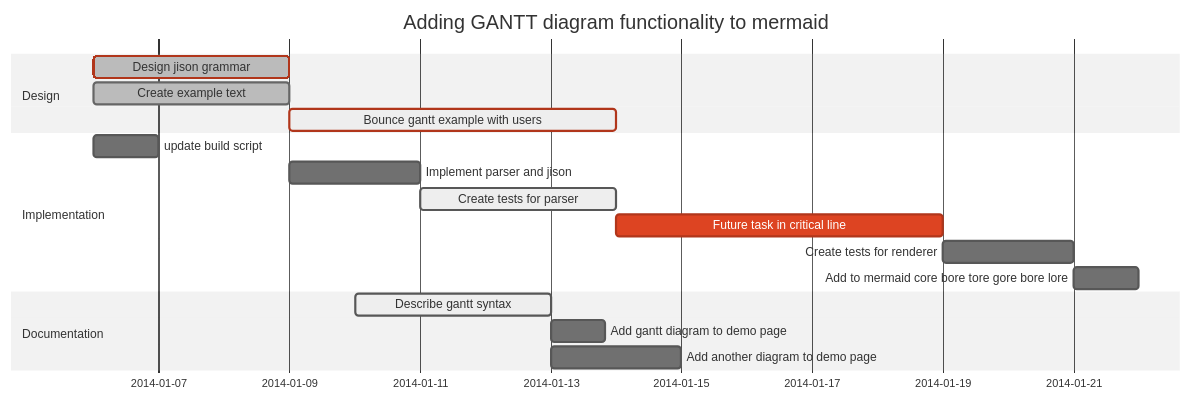
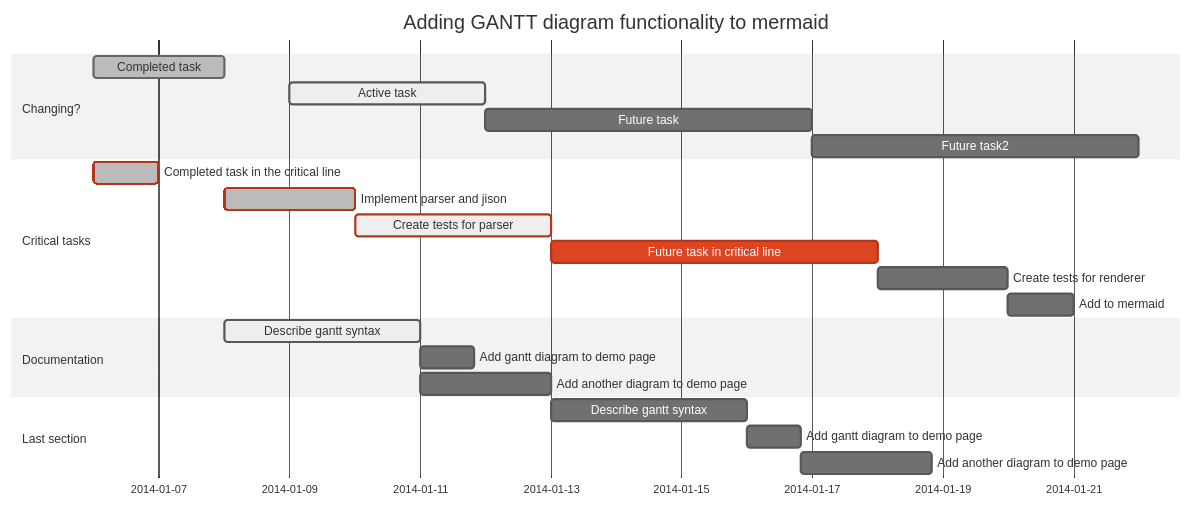
One commit to lilianliu52/colliand.github.com changed the first of 2 diagrams in pages/gantt.md. Above: the diagram before and after it, drawn with Mermaid (neutral theme). The commit also changed other lines of this file, not shown here.

Commit message:
update gantt file

```diff
--- a/pages/gantt.md
+++ b/pages/gantt.md
@@ -97,23 +55,29 @@
-    <div class="mermaid">
-        gantt
+<div class="mermaid">
+gantt
         dateFormat  YYYY-MM-DD
         title Adding GANTT diagram functionality to mermaid
 
-        section Design
-        Design jison grammar            :done, crit, des1, 2014-01-06, 2014-01-09
-        Create example text             :done, des2, 2014-01-06, 3d
-        Bounce gantt example with users :active, crit, des3, after des2, 5d
+        section Changing?
+        Completed task            :done,    des1, 2014-01-06,2014-01-08
+        Active task               :active,  des2, 2014-01-09, 3d
+        Future task               :         des3, after des2, 5d
+        Future task2               :         des4, after des3, 5d
 
-        section Implementation
-        update build script             :2014-01-06,24h
-        Implement parser and jison      :after des1, 2d
-        Create tests for parser         :active, 3d
-        Future task in critical line                 :crit, 5d
-        Create tests for renderer       :2d
-        Add to mermaid core bore tore gore bore lore             :1d
+        section Critical tasks
+        Completed task in the critical line :crit, done, 2014-01-06,24h
+        Implement parser and jison          :crit, done, after des1, 2d
+        Create tests for parser             :crit, active, 3d
+        Future task in critical line        :crit, 5d
+        Create tests for renderer           :2d
+        Add to mermaid                      :1d
 
         section Documentation
-        Describe gantt syntax               :active,a1, 2014-01-10, 3d
+        Describe gantt syntax               :active, a1, after des1, 3d
         Add gantt diagram to demo page      :after a1  , 20h
-        Add another diagram to demo page    :after a1  , 48h
-    </div>
+        Add another diagram to demo page    :doc1, after a1  , 48h
+
+        section Last section
+        Describe gantt syntax               :after doc1, 3d
+        Add gantt diagram to demo page      : 20h
+        Add another diagram to demo page    : 48h
+</div>
```
